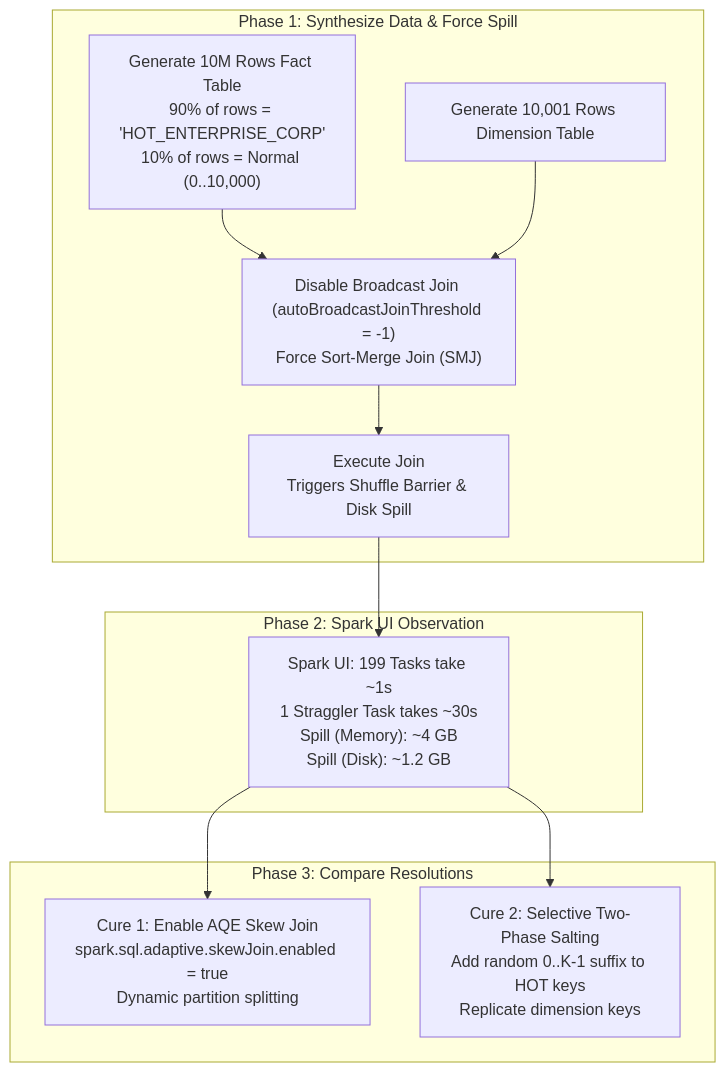
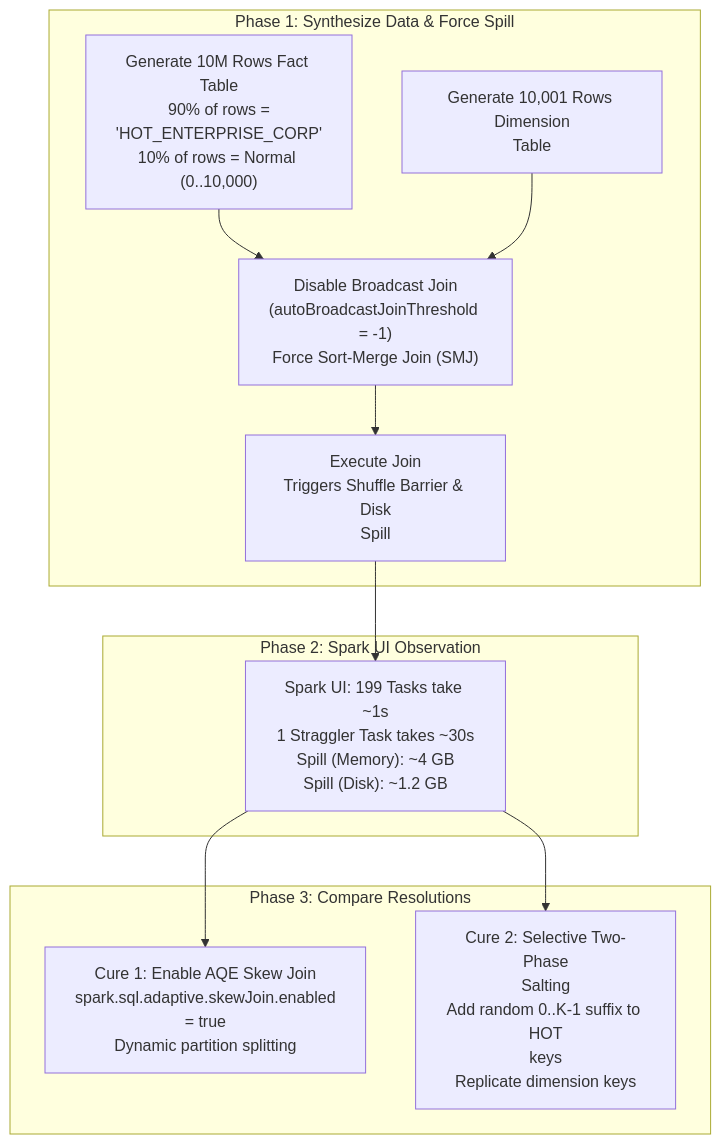
One commit to santoshjammi29/moderndataengineer changed the diagram in docs/engineering/synthetic_skew_and_spill_lab.md. Above: the diagram before and after it, drawn with Mermaid. The commit also changed 29 other files, not shown here.

Commit message:
fix(diagrams): word-wrap labels and escape comparison operators across all diagrams

````diff
--- a/docs/engineering/synthetic_skew_and_spill_lab.md
+++ b/docs/engineering/synthetic_skew_and_spill_lab.md
@@ -12,20 +12,20 @@
 ```mermaid
 flowchart TD
     subgraph Part1 ["Phase 1: Synthesize Data & Force Spill"]
-        GenFact["Generate 10M Rows Fact Table\n90% of rows = 'HOT_ENTERPRISE_CORP'\n10% of rows = Normal (0..10,000)"]
-        GenDim["Generate 10,001 Rows Dimension Table"]
-        DisableBroadcast["Disable Broadcast Join (autoBroadcastJoinThreshold = -1)\nForce Sort-Merge Join (SMJ)"]
+        GenFact["Generate 10M Rows Fact Table<br/>90% of rows =<br/>'HOT_ENTERPRISE_CORP'<br/>10% of rows = Normal (0..10,000)"]
+        GenDim["Generate 10,001 Rows Dimension<br/>Table"]
+        DisableBroadcast["Disable Broadcast Join<br/>(autoBroadcastJoinThreshold = -1)<br/>Force Sort-Merge Join (SMJ)"]
         GenFact --> DisableBroadcast
         GenDim --> DisableBroadcast
-        DisableBroadcast --> ExecuteJoin["Execute Join\nTriggers Shuffle Barrier & Disk Spill"]
+        DisableBroadcast --> ExecuteJoin["Execute Join<br/>Triggers Shuffle Barrier & Disk<br/>Spill"]
     end
 
     subgraph Part2 ["Phase 2: Spark UI Observation"]
-        ExecuteJoin --> UIInspection["Spark UI: 199 Tasks take ~1s\n1 Straggler Task takes ~30s\nSpill (Memory): ~4 GB\nSpill (Disk): ~1.2 GB"]
+        ExecuteJoin --> UIInspection["Spark UI: 199 Tasks take ~1s<br/>1 Straggler Task takes ~30s<br/>Spill (Memory): ~4 GB<br/>Spill (Disk): ~1.2 GB"]
     end
 
     subgraph Part3 ["Phase 3: Compare Resolutions"]
-        UIInspection --> FixAQE["Cure 1: Enable AQE Skew Join\nspark.sql.adaptive.skewJoin.enabled = true\nDynamic partition splitting"]
-        UIInspection --> FixSalt["Cure 2: Selective Two-Phase Salting\nAdd random 0..K-1 suffix to HOT keys\nReplicate dimension keys"]
+        UIInspection --> FixAQE["Cure 1: Enable AQE Skew Join<br/>spark.sql.adaptive.skewJoin.enabled<br/>= true<br/>Dynamic partition splitting"]
+        UIInspection --> FixSalt["Cure 2: Selective Two-Phase<br/>Salting<br/>Add random 0..K-1 suffix to HOT<br/>keys<br/>Replicate dimension keys"]
     end
 ```
````
